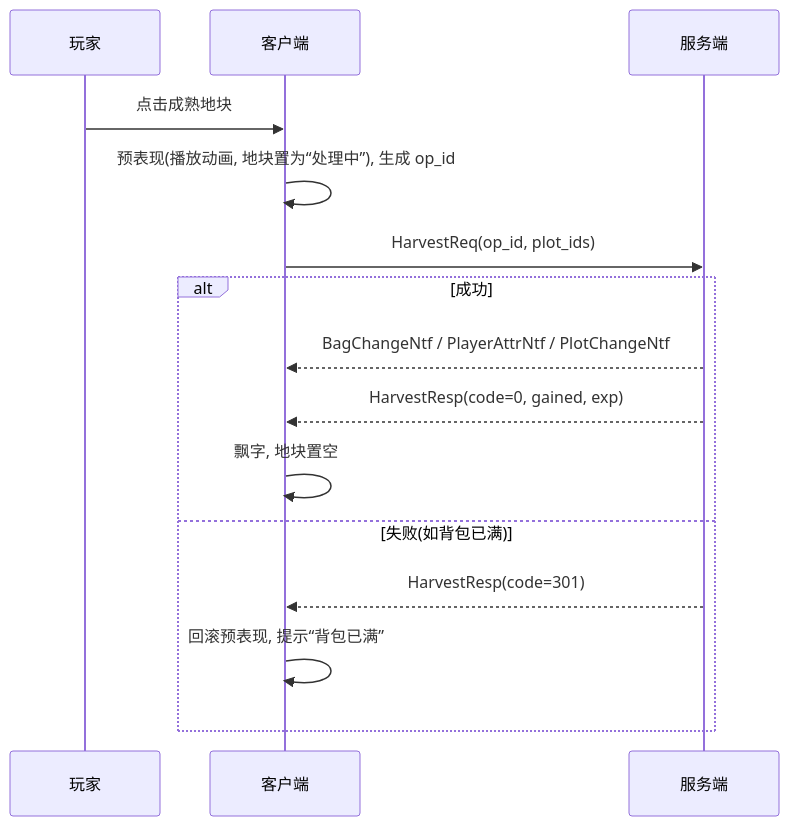
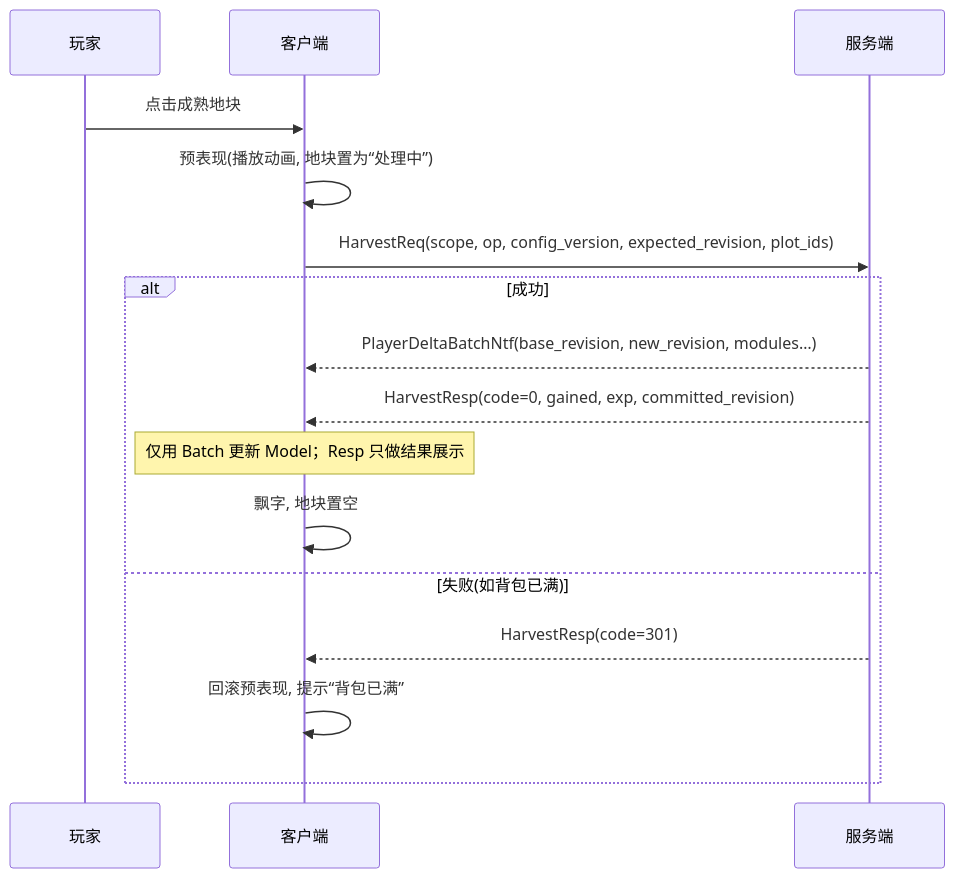
The third of 7 diagrams in Assets/ReferenceDoc/05_协议与接口.md (liuyuxin-ishere/BeAFarmer), drawn with Mermaid before and after one commit. The commit also changed other lines of this file and 774 other files, not shown here.

````diff
--- a/Assets/ReferenceDoc/05_协议与接口.md
+++ b/Assets/ReferenceDoc/05_协议与接口.md
@@ -693,17 +784,18 @@
 ```mermaid
 sequenceDiagram
     participant U as 玩家
     participant C as 客户端
     participant S as 服务端
     U->>C: 点击成熟地块
-    C->>C: 预表现(播放动画, 地块置为“处理中”), 生成 op_id
-    C->>S: HarvestReq(op_id, plot_ids)
+    C->>C: 预表现(播放动画, 地块置为“处理中”)
+    C->>S: HarvestReq(scope, op, config_version, expected_revision, plot_ids)
     alt 成功
-        S-->>C: BagChangeNtf / PlayerAttrNtf / PlotChangeNtf
-        S-->>C: HarvestResp(code=0, gained, exp)
+        S-->>C: PlayerDeltaBatchNtf(base_revision, new_revision, modules…)
+        S-->>C: HarvestResp(code=0, gained, exp, committed_revision)
+        Note over C: 仅用 Batch 更新 Model；Resp 只做结果展示
         C->>C: 飘字, 地块置空
     else 失败(如背包已满)
         S-->>C: HarvestResp(code=301)
         C->>C: 回滚预表现, 提示“背包已满”
     end
 ```
````
